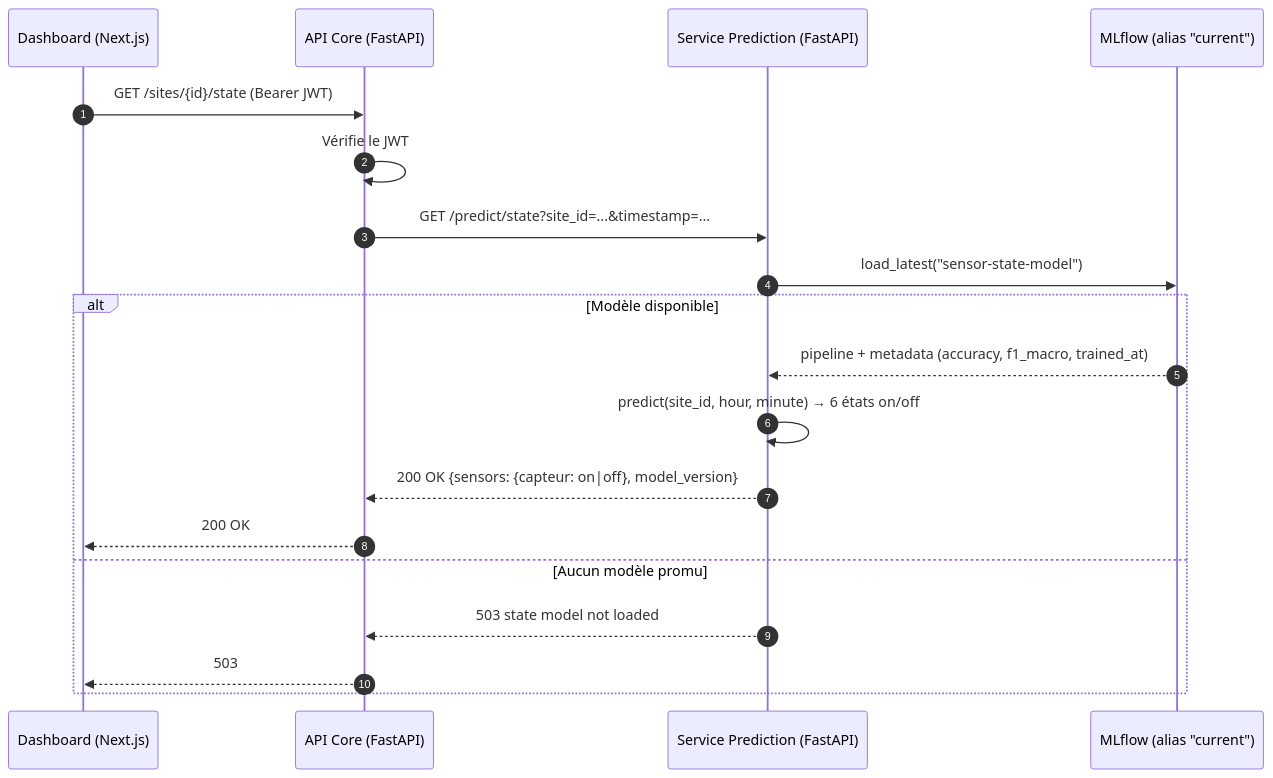
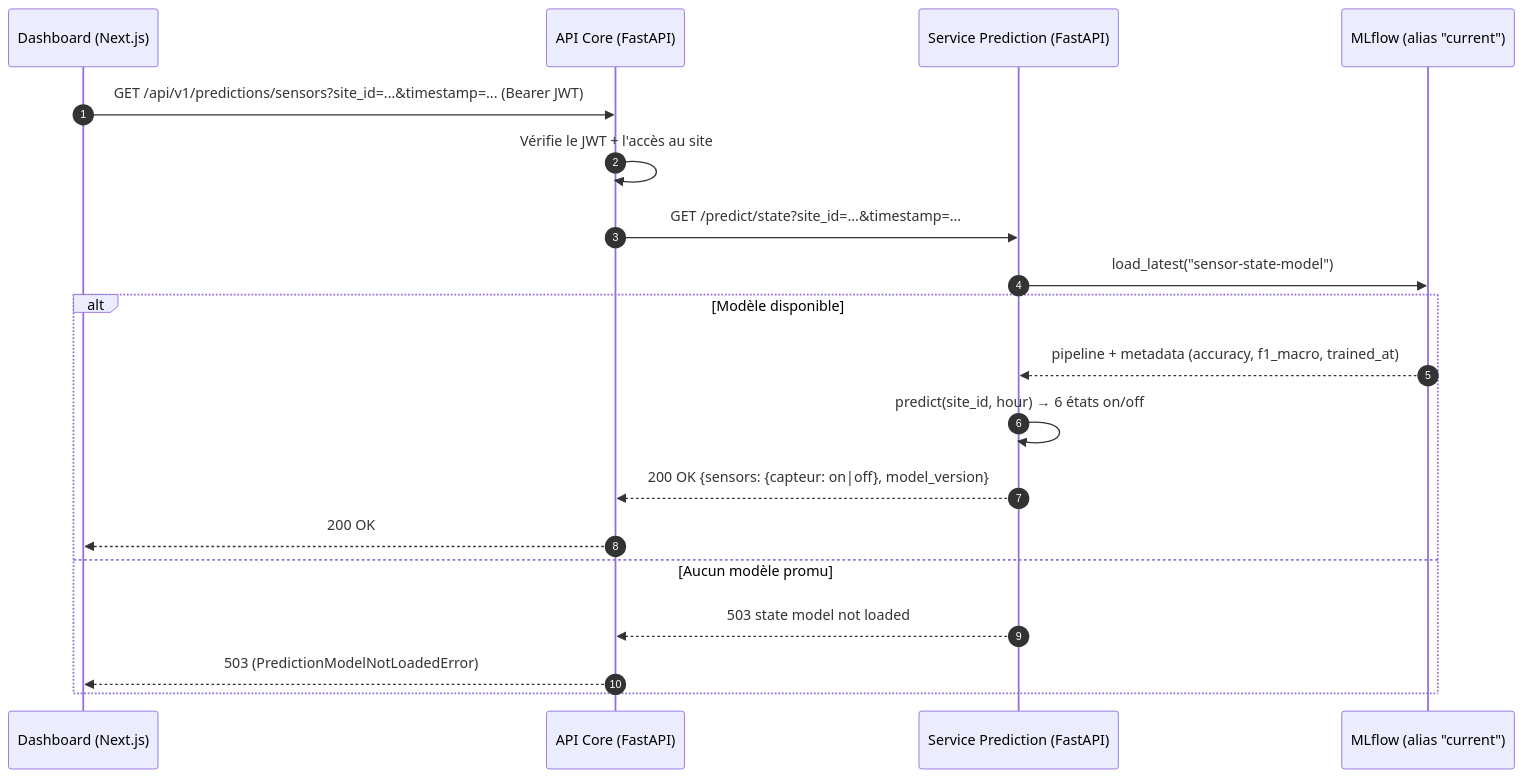
Before and after one commit to PetitPingu/EnerVision: the fifth of 5 diagrams in apps/prediction/docs/state-model.md, drawn with Mermaid. The commit also changed other lines of this file and 37 other files, not shown here.

First line of the commit message:
feat(prediction): etat des capteurs (API + front) (#177)

````diff
--- a/apps/prediction/docs/state-model.md
+++ b/apps/prediction/docs/state-model.md
@@ -148,22 +223,22 @@
 ```mermaid
 sequenceDiagram
     autonumber
     participant Client as Dashboard (Next.js)
     participant Core as API Core (FastAPI)
     participant Pred as Service Prediction (FastAPI)
     participant MLflow as MLflow (alias "current")
 
-    Client->>Core: GET /sites/{id}/state (Bearer JWT)
-    Core->>Core: Vérifie le JWT
+    Client->>Core: GET /api/v1/predictions/sensors?site_id=...&timestamp=... (Bearer JWT)
+    Core->>Core: Vérifie le JWT + l'accès au site
     Core->>Pred: GET /predict/state?site_id=...&timestamp=...
     Pred->>MLflow: load_latest("sensor-state-model")
     alt Modèle disponible
         MLflow-->>Pred: pipeline + metadata (accuracy, f1_macro, trained_at)
-        Pred->>Pred: predict(site_id, hour, minute) → 6 états on/off
+        Pred->>Pred: predict(site_id, hour) → 6 états on/off
         Pred-->>Core: 200 OK {sensors: {capteur: on|off}, model_version}
         Core-->>Client: 200 OK
     else Aucun modèle promu
         Pred-->>Core: 503 state model not loaded
-        Core-->>Client: 503
+        Core-->>Client: 503 (PredictionModelNotLoadedError)
     end
 ```
````
